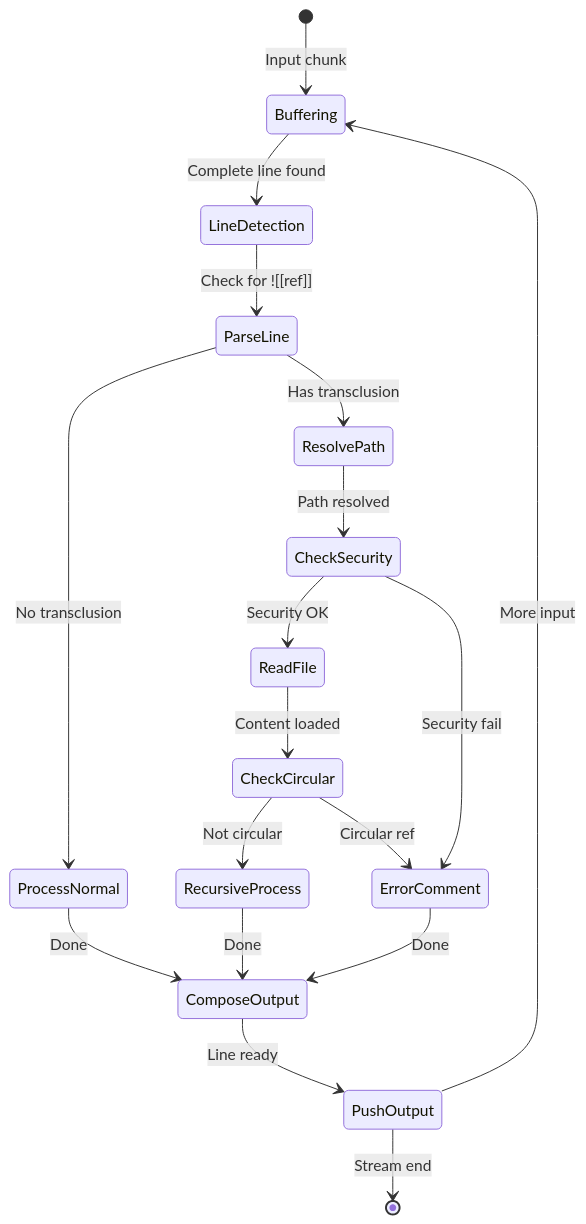
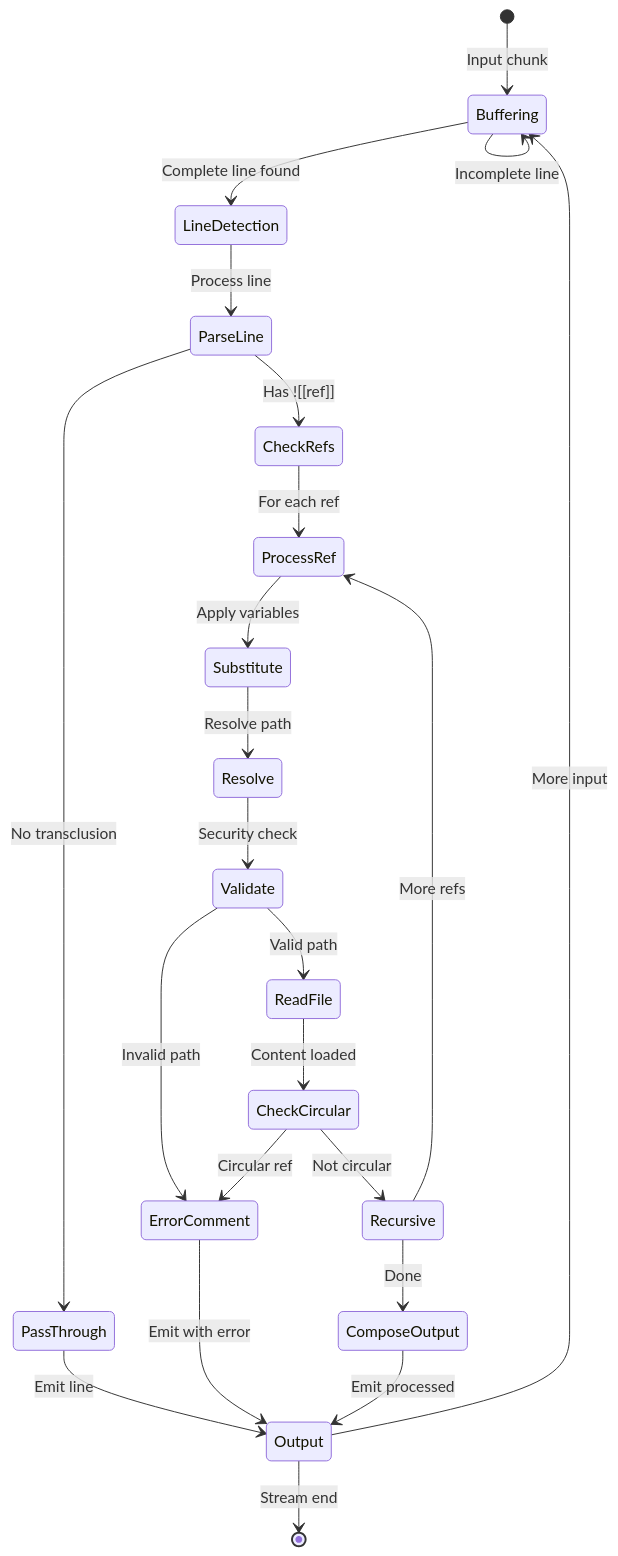
One commit to flyingrobots/markdown-transclusion changed diagram 12 of 16 in docs/tech-plan.md. Above: the diagram before and after it, drawn with Mermaid. The commit also changed other lines of this file, not shown here.

First line of the commit message:
docs(tech): rewrite tech plan with full architectural overview

````diff
--- a/docs/tech-plan.md
+++ b/docs/tech-plan.md
@@ -349,26 +636,34 @@
 ```mermaid
 stateDiagram-v2
     [*] --> Buffering: Input chunk
     
     Buffering --> LineDetection: Complete line found
-    LineDetection --> ParseLine: Check for ![[ref]]
+    Buffering --> Buffering: Incomplete line
     
-    ParseLine --> ProcessNormal: No transclusion
-    ParseLine --> ResolvePath: Has transclusion
+    LineDetection --> ParseLine: Process line
     
-    ResolvePath --> CheckSecurity: Path resolved
-    CheckSecurity --> ReadFile: Security OK
-    CheckSecurity --> ErrorComment: Security fail
+    ParseLine --> CheckRefs: Has ![[ref]]
+    ParseLine --> PassThrough: No transclusion
+    
+    CheckRefs --> ProcessRef: For each ref
+    ProcessRef --> Substitute: Apply variables
+    Substitute --> Resolve: Resolve path
+    Resolve --> Validate: Security check
+    
+    Validate --> ReadFile: Valid path
+    Validate --> ErrorComment: Invalid path
     
     ReadFile --> CheckCircular: Content loaded
-    CheckCircular --> RecursiveProcess: Not circular
+    CheckCircular --> Recursive: Not circular
     CheckCircular --> ErrorComment: Circular ref
     
-    RecursiveProcess --> ComposeOutput: Done
-    ProcessNormal --> ComposeOutput: Done
-    ErrorComment --> ComposeOutput: Done
+    Recursive --> ProcessRef: More refs
+    Recursive --> ComposeOutput: Done
     
-    ComposeOutput --> PushOutput: Line ready
-    PushOutput --> Buffering: More input
-    PushOutput --> [*]: Stream end
+    PassThrough --> Output: Emit line
+    ErrorComment --> Output: Emit with error
+    ComposeOutput --> Output: Emit processed
+    
+    Output --> Buffering: More input
+    Output --> [*]: Stream end
 ```
````
